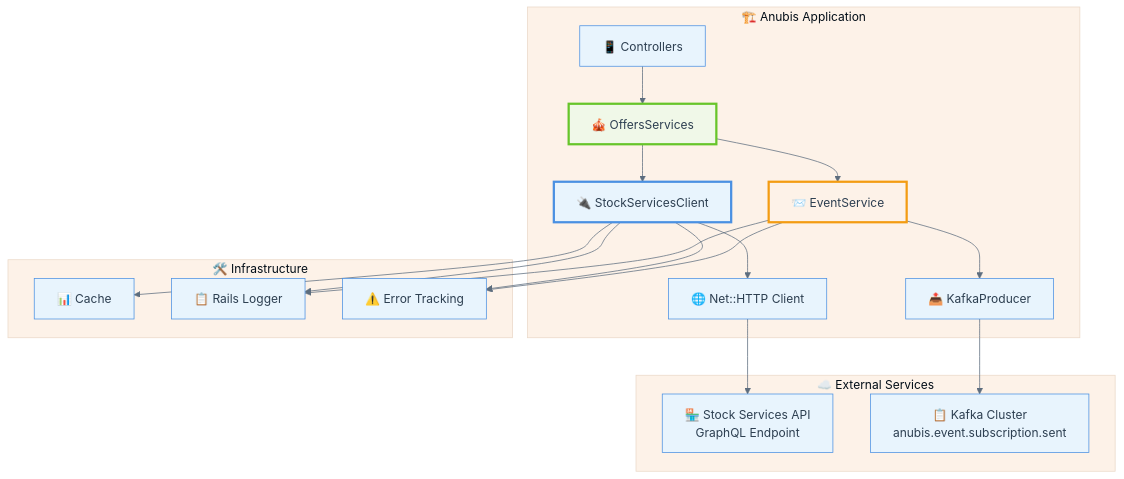
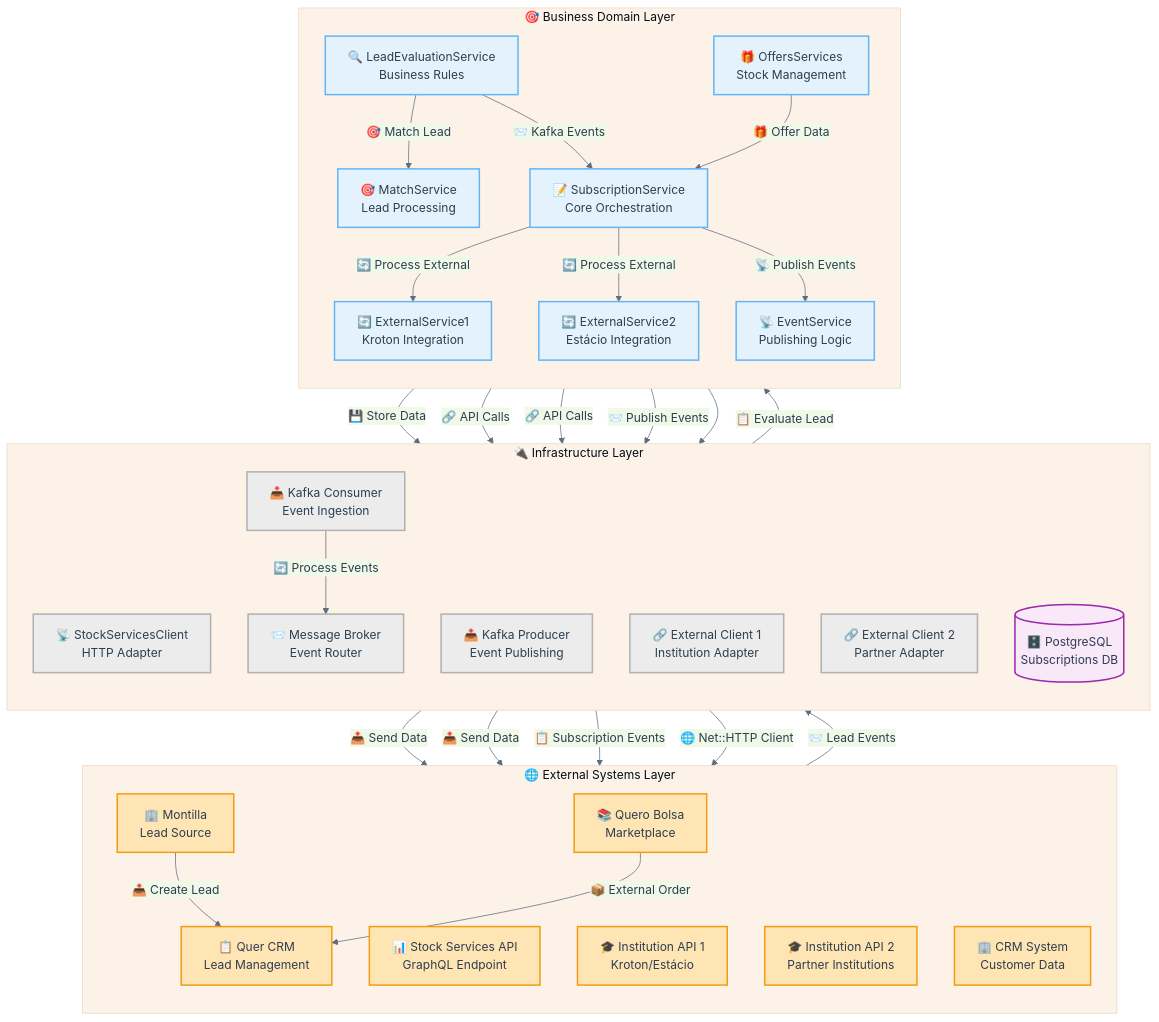
Before and after one commit to enogrob/project-qeevo-anubis: the third of 6 diagrams in inputs/started-requirements.md, drawn with Mermaid. The commit also changed other lines of this file, not shown here.

Commit message:
update-requirements

````diff
--- a/inputs/started-requirements.md
+++ b/inputs/started-requirements.md
@@ -248,34 +236,80 @@
   }
 }}%%
 graph TD
-    subgraph "🏗️ Anubis Application"
-        A[📱 Controllers] --> B[🎪 OffersServices]
-        B --> C[🔌 StockServicesClient]
-        C --> D[🌐 Net::HTTP Client]
-        B --> E[📨 EventService]
-        E --> F[📤 KafkaProducer]
+    subgraph "🌐 External Systems Layer"
+        direction TB
+        Montilla["🏢 Montilla<br/>Lead Source"]
+        QueroBolsa["📚 Quero Bolsa<br/>Marketplace"]
+        StockAPI["📊 Stock Services API<br/>GraphQL Endpoint"]
+        ExternalAPI1["🎓 Institution API 1<br/>Kroton/Estácio"]
+        ExternalAPI2["🎓 Institution API 2<br/>Partner Institutions"]
+        CRM["🏢 CRM System<br/>Customer Data"]
+        QuerCRM["📋 Quer CRM<br/>Lead Management"]
     end
-    
-    subgraph "☁️ External Services"
-        G[🏪 Stock Services API<br/>GraphQL Endpoint]
-        H[📋 Kafka Cluster<br/>anubis.event.subscription.sent]
+
+    subgraph "🔌 Infrastructure Layer"
+        direction TB
+        StockServicesClient["📡 StockServicesClient<br/>HTTP Adapter"]
+        KafkaConsumer["📥 Kafka Consumer<br/>Event Ingestion"]
+        KafkaProducer["📤 Kafka Producer<br/>Event Publishing"]
+        MessageBroker["📨 Message Broker<br/>Event Router"]
+        ExternalClient1["🔗 External Client 1<br/>Institution Adapter"]
+        ExternalClient2["🔗 External Client 2<br/>Partner Adapter"]
+        Database[("🗄️ PostgreSQL<br/>Subscriptions DB")]
     end
-    
-    subgraph "🛠️ Infrastructure"
-        I[📊 Cache]
-        J[📋 Rails Logger]
-        K[⚠️ Error Tracking]
+
+    subgraph "🎯 Business Domain Layer"
+        direction TB
+        OffersServices["🎁 OffersServices<br/>Stock Management"]
+        SubscriptionService["📝 SubscriptionService<br/>Core Orchestration"]
+        LeadEvaluationService["🔍 LeadEvaluationService<br/>Business Rules"]
+        MatchService["🎯 MatchService<br/>Lead Processing"]
+        ExternalService1["🔄 ExternalService1<br/>Kroton Integration"]
+        ExternalService2["🔄 ExternalService2<br/>Estácio Integration"]
+        EventService["📡 EventService<br/>Publishing Logic"]
     end
-    
-    D --> G
-    F --> H
-    C --> I
-    C --> J
-    E --> J
-    C --> K
-    E --> K
-    
-    style C fill:#E8F4FD,stroke:#4A90E2,stroke-width:3px
-    style B fill:#F0F8E8,stroke:#67C52A,stroke-width:3px
-    style E fill:#FDF2E8,stroke:#F39C12,stroke-width:3px
+
+    %% Data Flow Connections
+    %% Lead ingestion flow
+    Montilla -->|"📤 Create Lead"| QuerCRM
+    QueroBolsa -->|"📦 External Order"| QuerCRM
+    QuerCRM -->|"📨 Lead Events"| KafkaConsumer
+    KafkaConsumer -->|"🔄 Process Events"| MessageBroker
+    MessageBroker -->|"📋 Evaluate Lead"| LeadEvaluationService
+
+    %% Business processing flow
+    LeadEvaluationService -->|"🎯 Match Lead"| MatchService
+    LeadEvaluationService -->|"📨 Kafka Events"| SubscriptionService
+    OffersServices -->|"🎁 Offer Data"| SubscriptionService
+
+    %% Subscription orchestration
+    SubscriptionService -->|"🔄 Process External"| ExternalService1
+    SubscriptionService -->|"🔄 Process External"| ExternalService2
+    SubscriptionService -->|"📡 Publish Events"| EventService
+    SubscriptionService -->|"💾 Store Data"| Database
+
+    %% External integrations
+    ExternalService1 -->|"🔗 API Calls"| ExternalClient1
+    ExternalService2 -->|"🔗 API Calls"| ExternalClient2
+    ExternalClient1 -->|"📤 Send Data"| ExternalAPI1
+    ExternalClient2 -->|"📤 Send Data"| ExternalAPI2
+
+    %% Event publishing
+    EventService -->|"📨 Publish Events"| KafkaProducer
+    KafkaProducer -->|"📋 Subscription Events"| CRM
+
+    %% Stock data flow
+    StockServicesClient --> |"🌐 Net::HTTP Client"| StockAPI
+    OffersServices --> StockServicesClient 
+
+    %% Styling for visual clarity
+    classDef externalSystem fill:#FFE5B4,stroke:#F39C12,stroke-width:2px,color:#2C3E50
+    classDef infrastructure fill:#ECECEC,stroke:#B0B0B0,stroke-width:2px,color:#2C3E50
+    classDef domainService fill:#E3F2FD,stroke:#64B5F6,stroke-width:2px,color:#2C3E50
+    classDef database fill:#F8E8F8,stroke:#9C27B0,stroke-width:2px,color:#2C3E50
+
+    class Montilla,QueroBolsa,StockAPI,ExternalAPI1,ExternalAPI2,CRM,QuerCRM externalSystem
+    class StockServicesClient,KafkaConsumer,KafkaProducer,MessageBroker,ExternalClient1,ExternalClient2 infrastructure
+    class OffersServices,SubscriptionService,LeadEvaluationService,MatchService,ExternalService1,ExternalService2,EventService domainService
+    class Database database
 ```
````
